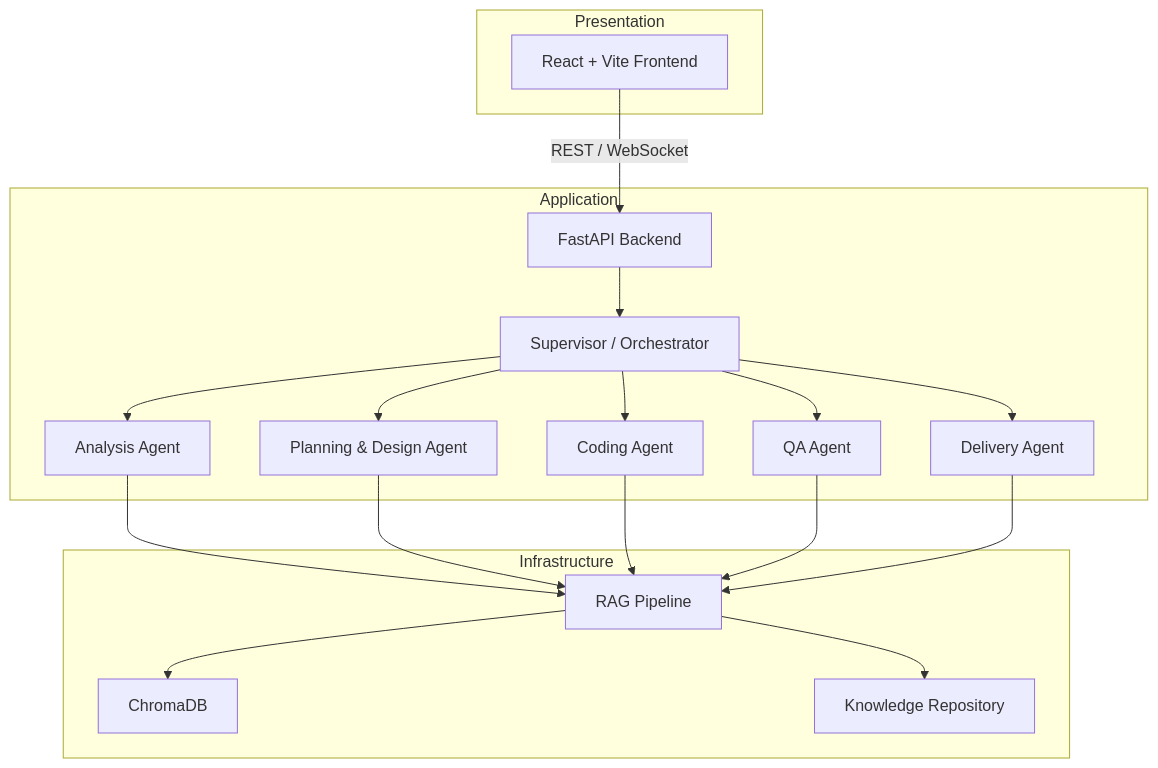
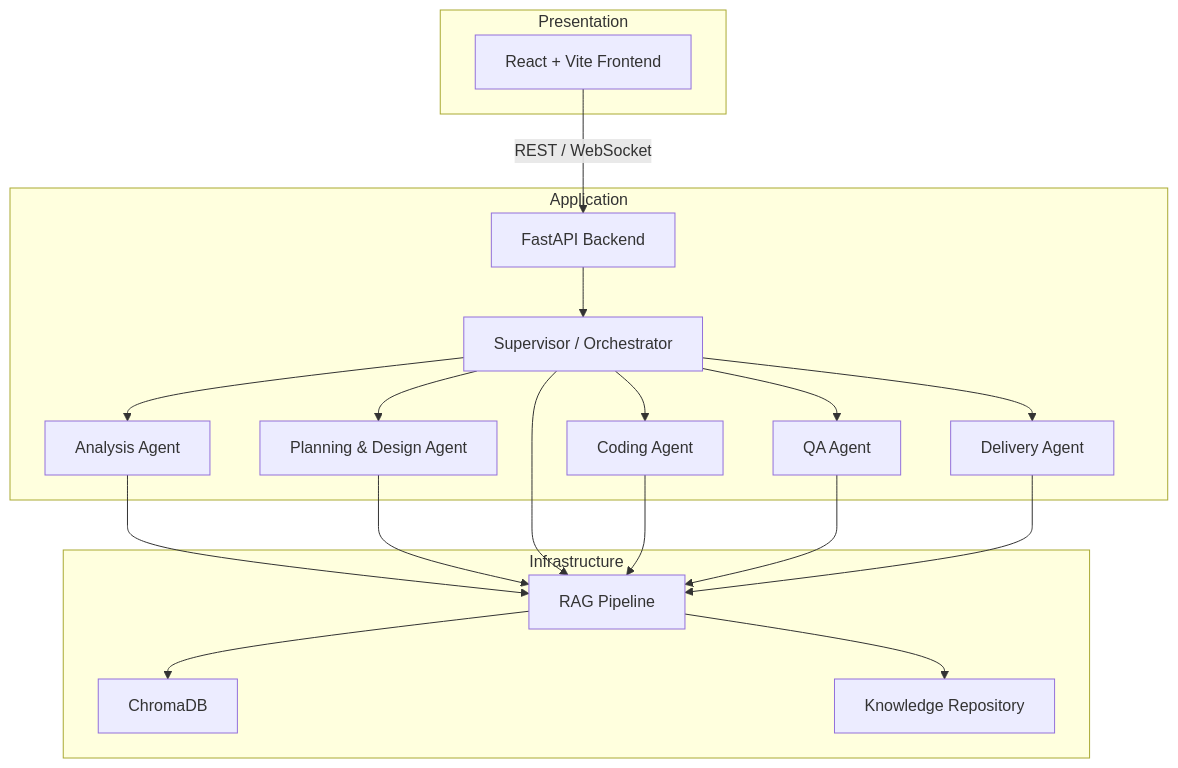
One commit to Kartheek-3/SEAM changed the first of 3 diagrams in docs/03_architecture.md. Above: the diagram before and after it, drawn with Mermaid. The commit also changed other lines of this file and 2 other files, not shown here.

Commit message:
docs: resolve requirements and architecture consistency issues

````diff
--- a/docs/03_architecture.md
+++ b/docs/03_architecture.md
@@ -16,39 +16,40 @@
 ```mermaid
 graph TB
     subgraph Presentation
         FE[React + Vite Frontend]
     end
 
     subgraph Application
         API[FastAPI Backend]
         SUP[Supervisor / Orchestrator]
         AA[Analysis Agent]
         PDA[Planning & Design Agent]
         CA[Coding Agent]
         QA[QA Agent]
         DA[Delivery Agent]
     end
 
     subgraph Infrastructure
         RAG[RAG Pipeline]
         CDB[ChromaDB]
         KR[Knowledge Repository]
     end
 
     FE -->|REST / WebSocket| API
     API --> SUP
     SUP --> AA
     SUP --> PDA
     SUP --> CA
     SUP --> QA
     SUP --> DA
 
     AA --> RAG
     PDA --> RAG
+    SUP --> RAG
     CA --> RAG
     QA --> RAG
     DA --> RAG
 
     RAG --> CDB
     RAG --> KR
 ```
````
